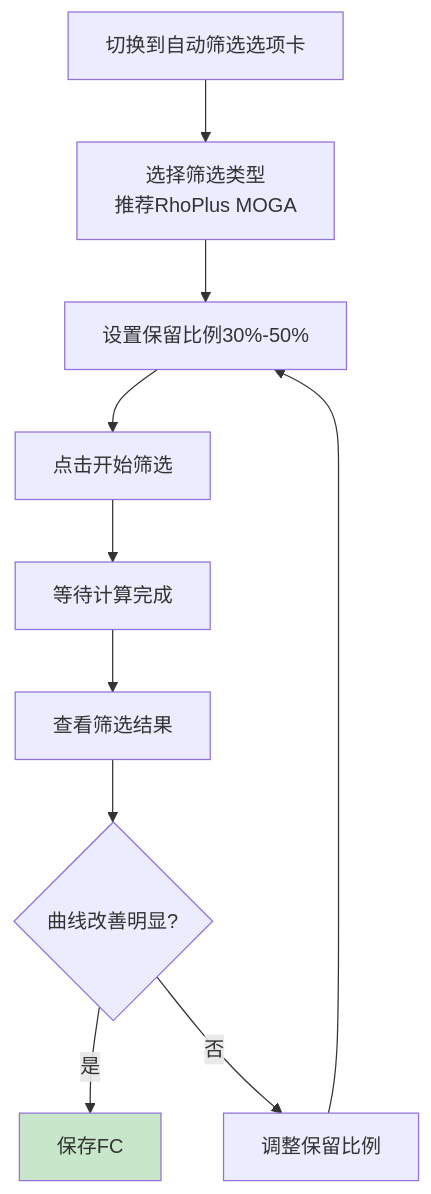
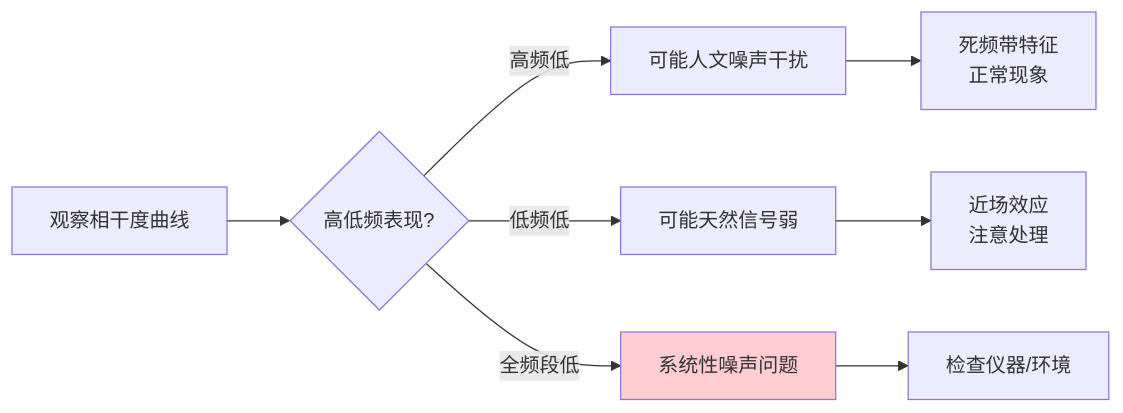
Before and after one commit to EMWPJ/MTDataPro-docs: diagram 11 of 12 in source/chapters/chapter5.md, drawn with Mermaid. The commit also changed other lines of this file and 2 other files, not shown here.

````diff
--- a/source/chapters/chapter5.md
+++ b/source/chapters/chapter5.md
@@ -1415,13 +1152,13 @@
 ```mermaid
-graph TB
-    A[切换到自动筛选选项卡] --> B[选择筛选类型<br/>推荐RhoPlus MOGA]
-    B --> C[设置保留比例30%-50%]
-    C --> D[点击开始筛选]
-    D --> E[等待计算完成]
-    E --> F[查看筛选结果]
-    F --> G{曲线改善明显?}
-    G -->|是| H[保存FC]
-    G -->|否| I[调整保留比例]
-    I --> C
-    style H fill:#c8e6c9
+graph LR
+    A[观察相干度曲线] --> B{高低频表现?}
+    B -->|高频低| C[可能人文噪声干扰]
+    B -->|低频低| D[可能天然信号弱]
+    B -->|全频段低| E[系统性噪声问题]
+    
+    C --> C1[死频带特征<br/>正常现象]
+    D --> D1[近场效应<br/>注意处理]
+    E --> E1[检查仪器/环境]
+    
+    style E fill:#ffcdd2
 ```
````
